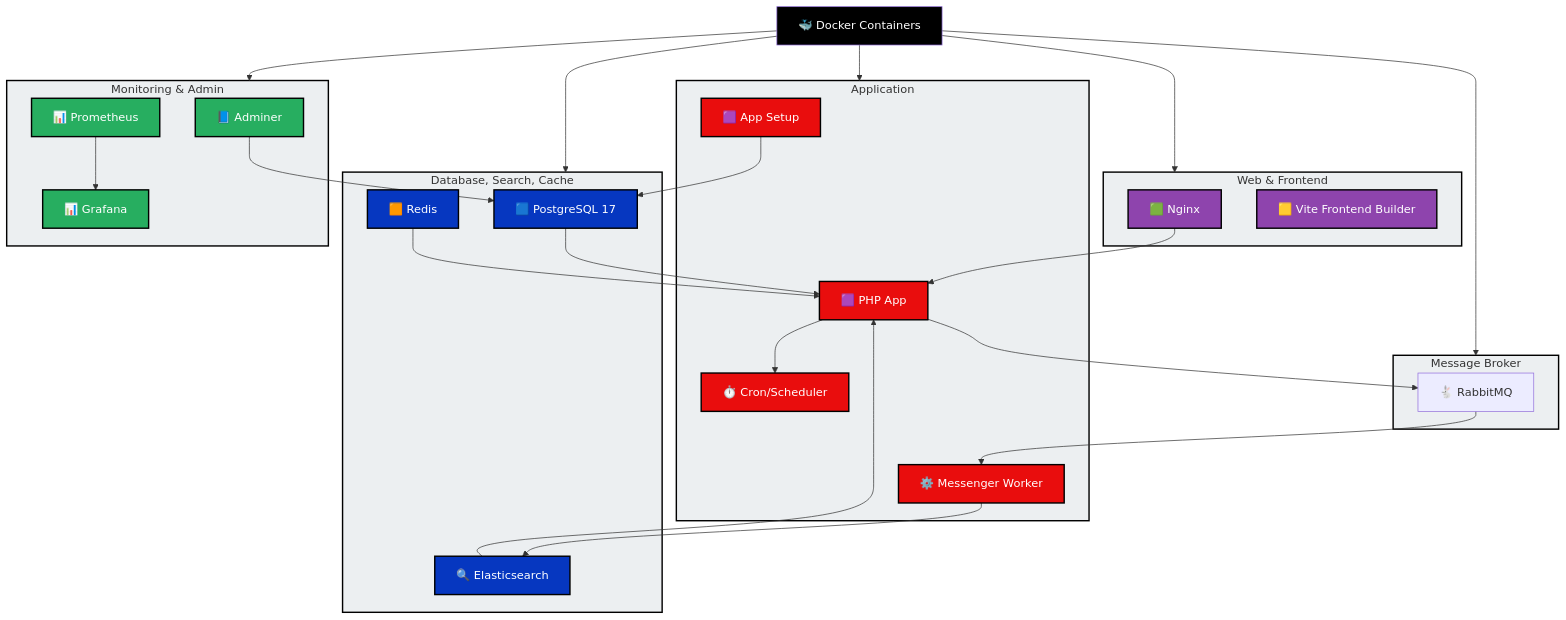
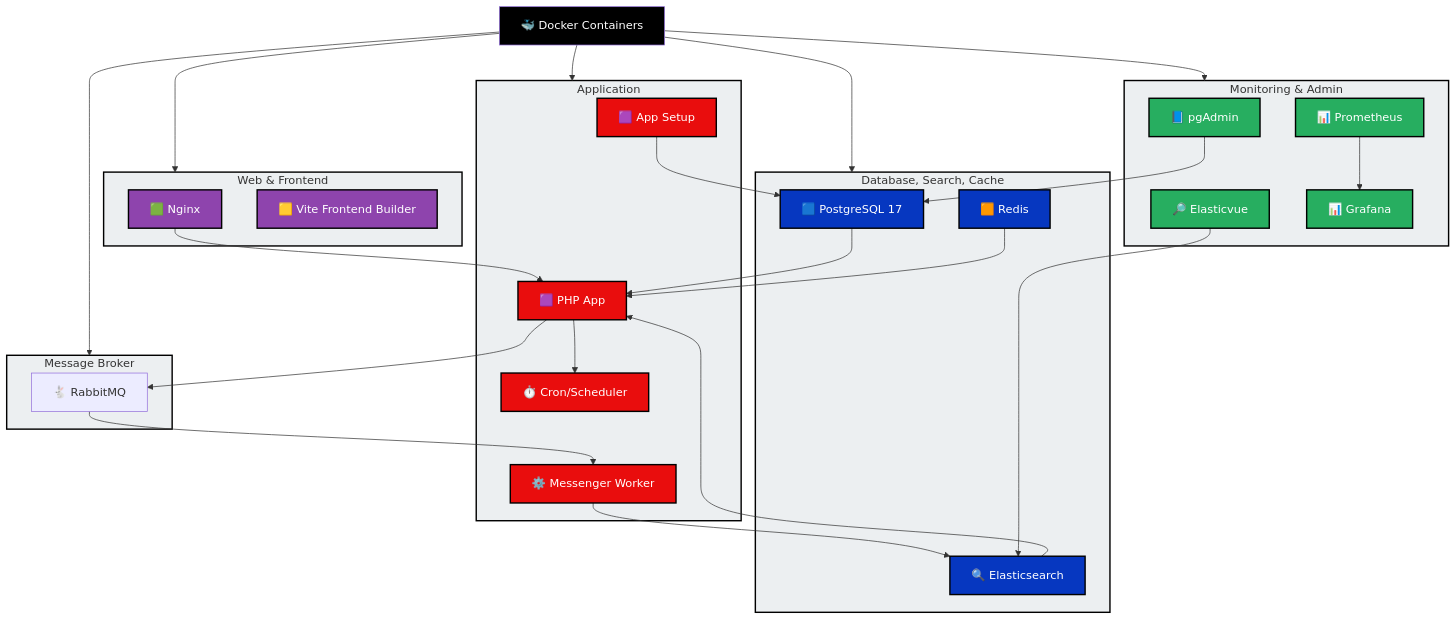
The diagram in docs/diagrams/graphs/devops/docker.mmd (developer-samuel/levelup-store), drawn with Mermaid before and after one commit. The commit also changed 6 other files, not shown here.

Commit message:
feat: replace Adminer with pgAdmin and auto-provision PostgreSQL connection

```diff
--- a/docs/diagrams/graphs/devops/docker.mmd
+++ b/docs/diagrams/graphs/devops/docker.mmd
@@ -1,88 +1,90 @@
 graph TD
     %% Subgraph styles
     style DatabaseCache fill:#eceff1, stroke:#000, stroke-width:2px;
     style MessageBroker fill:#eceff1, stroke:#000, stroke-width:2px;
     style App fill:#eceff1, stroke:#000, stroke-width:2px;
     style Web fill:#eceff1, stroke:#000, stroke-width:2px;
     style Monitoring fill:#eceff1, stroke:#000, stroke-width:2px;
 
     %% Class Styles
     classDef docker fill:#000, color:#fff;
     classDef database_cache fill:#0637c0, color:#fff, stroke:#000, stroke-width:2px;
     classDef app fill:#e90d0d, color:#fff, stroke:#000, stroke-width:2px;
     classDef web fill:#8e44ad, color:#fff, stroke:#000, stroke-width:2px;
     classDef monitoring fill:#27ae60, color:#fff, stroke:#000, stroke-width:2px;
 
     %% Root
     Docker[🐳 Docker Containers]:::docker
 
     %% ----------------------------------------
     %% Subgraphs
     %% ----------------------------------------
 
     %% Databases
     subgraph DatabaseCache["Database, Search, Cache"]
         Postgres[🟦 PostgreSQL 17]
         Elasticsearch[🔍 Elasticsearch]
         Redis[🟧 Redis]
     end
 
     %% Message Broker
     subgraph MessageBroker["Message Broker"]
         RabbitMQ[🐇 RabbitMQ]
     end
 
     %% App Layer
     subgraph App["Application"]
         AppMain[🟪 PHP App]
         AppSetup[🟪 App Setup]
         Cron[⏱️ Cron/Scheduler]
         Worker[⚙️ Messenger Worker]
     end
 
     %% Web Layer
     subgraph Web["Web & Frontend"]
         Nginx[🟩 Nginx]
         Vite[🟨 Vite Frontend Builder]
     end
 
     %% Admin / Monitoring
     subgraph Monitoring["Monitoring & Admin"]
-        Adminer[📘 Adminer]
+        PgAdmin[📘 pgAdmin]
+        Elasticvue[🔎 Elasticvue]
         Prometheus[📊 Prometheus]
         Grafana[📊 Grafana]
     end
 
     %% Classes
     class Postgres,Elasticsearch,Redis database_cache;
     class AppMain,AppSetup,Cron,Worker app;
     class Nginx,Vite web;
-    class Adminer,Prometheus,Grafana monitoring;
+    class PgAdmin,Prometheus,Grafana,Elasticvue monitoring;
 
     %% Connections
     Docker --> DatabaseCache
     Docker --> MessageBroker
     Docker --> App
     Docker --> Web
     Docker --> Monitoring
 
     %% App reads from data stores
     Postgres --> AppMain
     Elasticsearch --> AppMain
     Redis --> AppMain
 
     %% App publishes messages to broker
     AppMain --> RabbitMQ
 
     %% Worker consumes from broker and indexes to Elasticsearch
     RabbitMQ --> Worker
     Worker --> Elasticsearch
 
     %% Setup & web
     AppSetup --> Postgres
     AppMain --> Cron
     Nginx --> AppMain
 
     %% Admin & monitoring
-    Adminer --> Postgres
+    PgAdmin --> Postgres
+    Elasticvue --> Elasticsearch
     Prometheus --> Grafana
```
